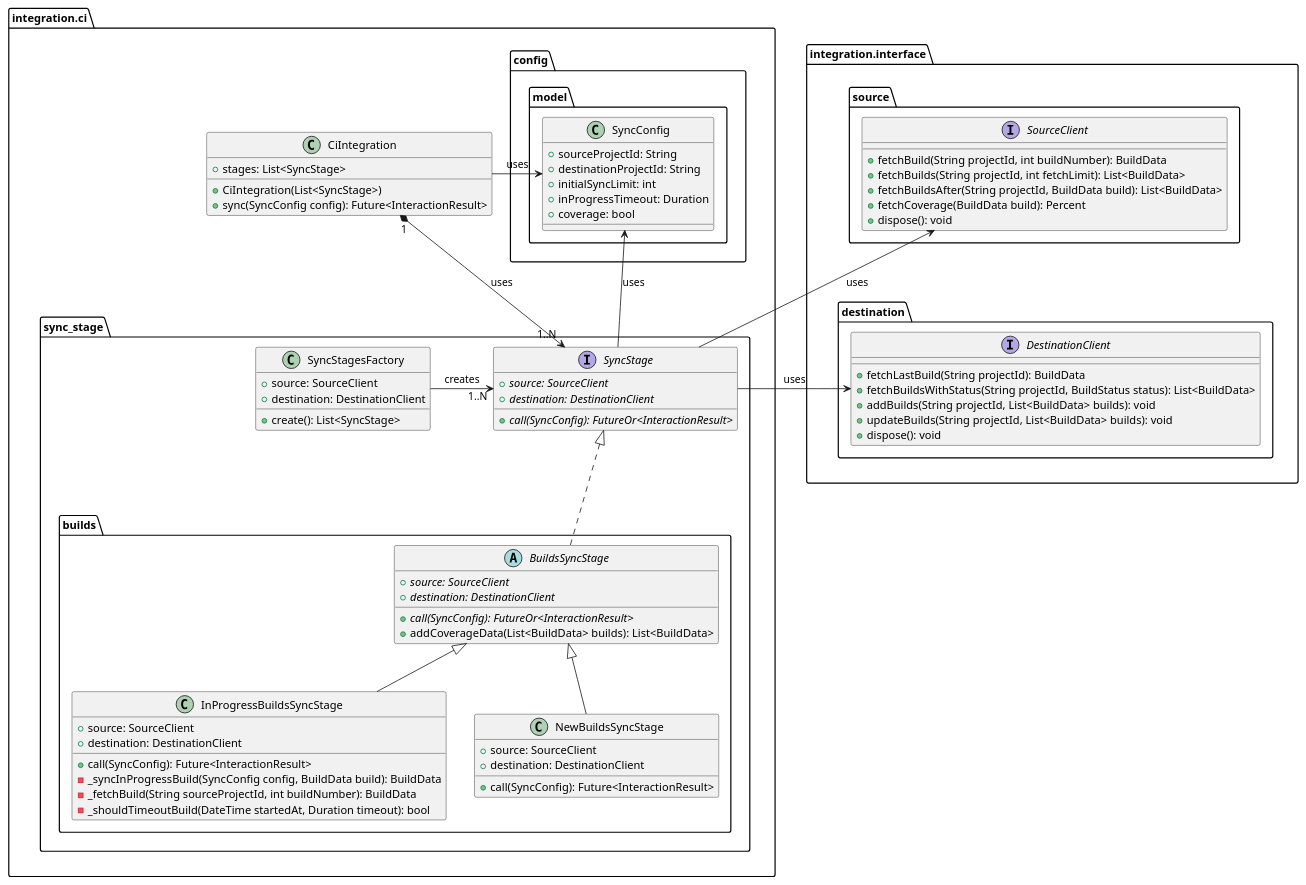
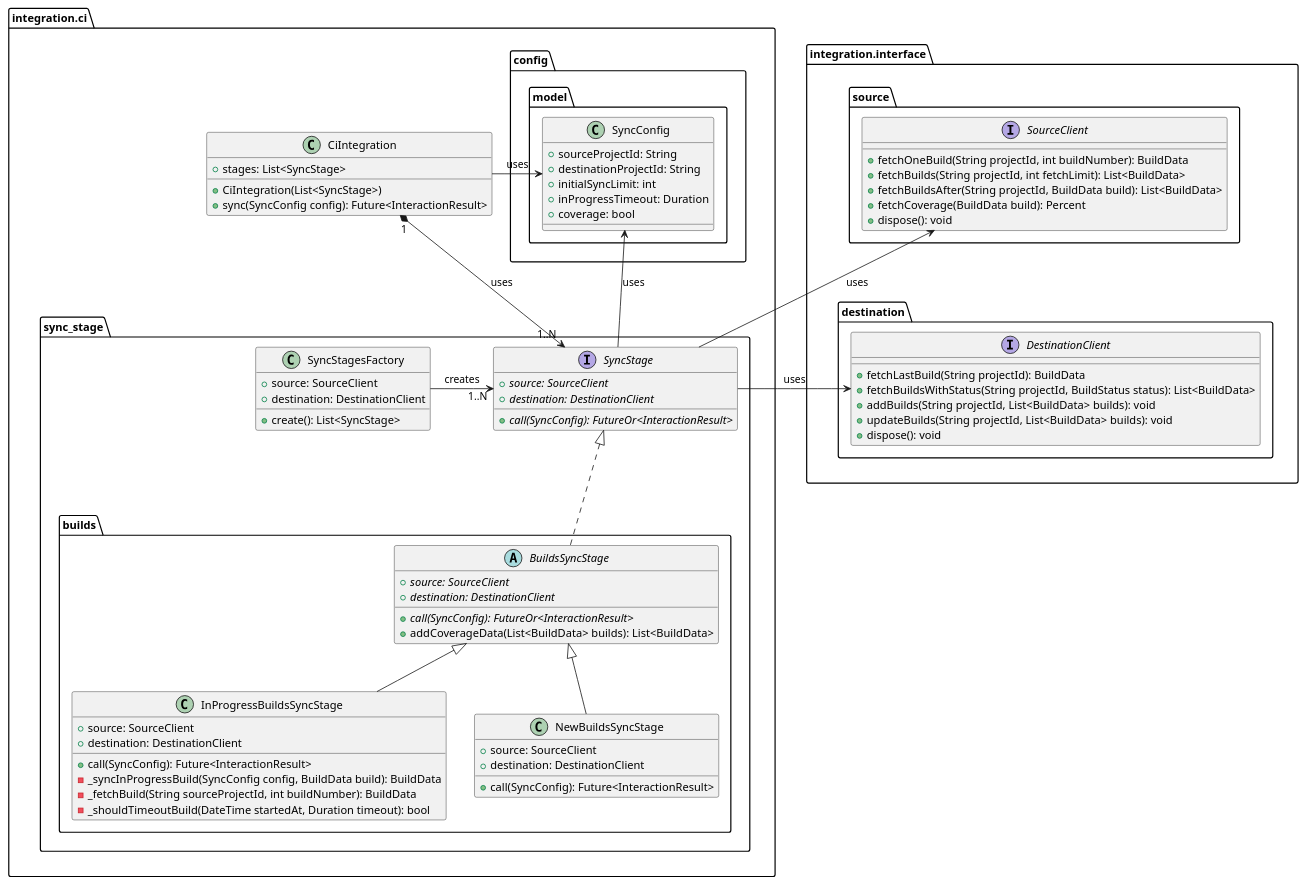
One commit to Flank/flank-dashboard changed the diagram in metrics/ci_integrations/docs/diagrams/sync_algorithm_class_diagram.puml. Above: the diagram before and after it, drawn with PlantUML. The commit also changed 3 other files, not shown here.

```diff
--- a/metrics/ci_integrations/docs/diagrams/sync_algorithm_class_diagram.puml
+++ b/metrics/ci_integrations/docs/diagrams/sync_algorithm_class_diagram.puml
@@ -1,95 +1,95 @@
 @startuml sync_algorithm_class_diagram
 'https://plantuml.com/class-diagram
 
 package integration.interface as Interface {
     package source {
         interface SourceClient {
-            + fetchBuild(String projectId, int buildNumber): BuildData
+            + fetchOneBuild(String projectId, int buildNumber): BuildData
             + fetchBuilds(String projectId, int fetchLimit): List<BuildData>
             + fetchBuildsAfter(String projectId, BuildData build): List<BuildData>
             + fetchCoverage(BuildData build): Percent
             + dispose(): void
         }
     }
 
     package destination {
         interface DestinationClient {
             + fetchLastBuild(String projectId): BuildData
             + fetchBuildsWithStatus(String projectId, BuildStatus status): List<BuildData>
             + addBuilds(String projectId, List<BuildData> builds): void
             + updateBuilds(String projectId, List<BuildData> builds): void
             + dispose(): void
         }
     }
 
     SourceClient -[hidden]down- DestinationClient
 }
 
 package integration.ci as CI {
     package config.model {
         class SyncConfig {
             + sourceProjectId: String
             + destinationProjectId: String
             + initialSyncLimit: int
             + inProgressTimeout: Duration
             + coverage: bool
         }
     }
 
     package sync_stage {
         class SyncStagesFactory {
             + source: SourceClient
             + destination: DestinationClient
             + create(): List<SyncStage>
         }
 
         package builds {
             abstract class BuildsSyncStage {
                 + {abstract} source: SourceClient
                 + {abstract} destination: DestinationClient
                 + {abstract} call(SyncConfig): FutureOr<InteractionResult>
                 + addCoverageData(List<BuildData> builds): List<BuildData>
             }
             class InProgressBuildsSyncStage extends BuildsSyncStage {
                 + source: SourceClient
                 + destination: DestinationClient
                 + call(SyncConfig): Future<InteractionResult>
                 - _syncInProgressBuild(SyncConfig config, BuildData build): BuildData
                 - _fetchBuild(String sourceProjectId, int buildNumber): BuildData
                 - _shouldTimeoutBuild(DateTime startedAt, Duration timeout): bool
             }
 
             class NewBuildsSyncStage extends BuildsSyncStage {
                 + source: SourceClient
                 + destination: DestinationClient
                 + call(SyncConfig): Future<InteractionResult>
             }
         }
 
         interface SyncStage {
             + {abstract} source: SourceClient
             + {abstract} destination: DestinationClient
             + {abstract} call(SyncConfig): FutureOr<InteractionResult>
         }
 
         BuildsSyncStage .up.|> SyncStage
     }
 
     class CiIntegration {
         + stages: List<SyncStage>
         + CiIntegration(List<SyncStage>)
         + sync(SyncConfig config): Future<InteractionResult>
     }
 
     CiIntegration -right-> SyncConfig: uses
     SyncStagesFactory -right-> "1..N" SyncStage: creates
     CiIntegration "1" *-down-> "1..N" SyncStage: uses
 }
 
 Interface -[hidden]down-> CI
 
 SyncStage -right-> SourceClient: uses
 SyncStage -right-> DestinationClient: uses
 SyncStage -up-> SyncConfig: uses
 
 @enduml
```
